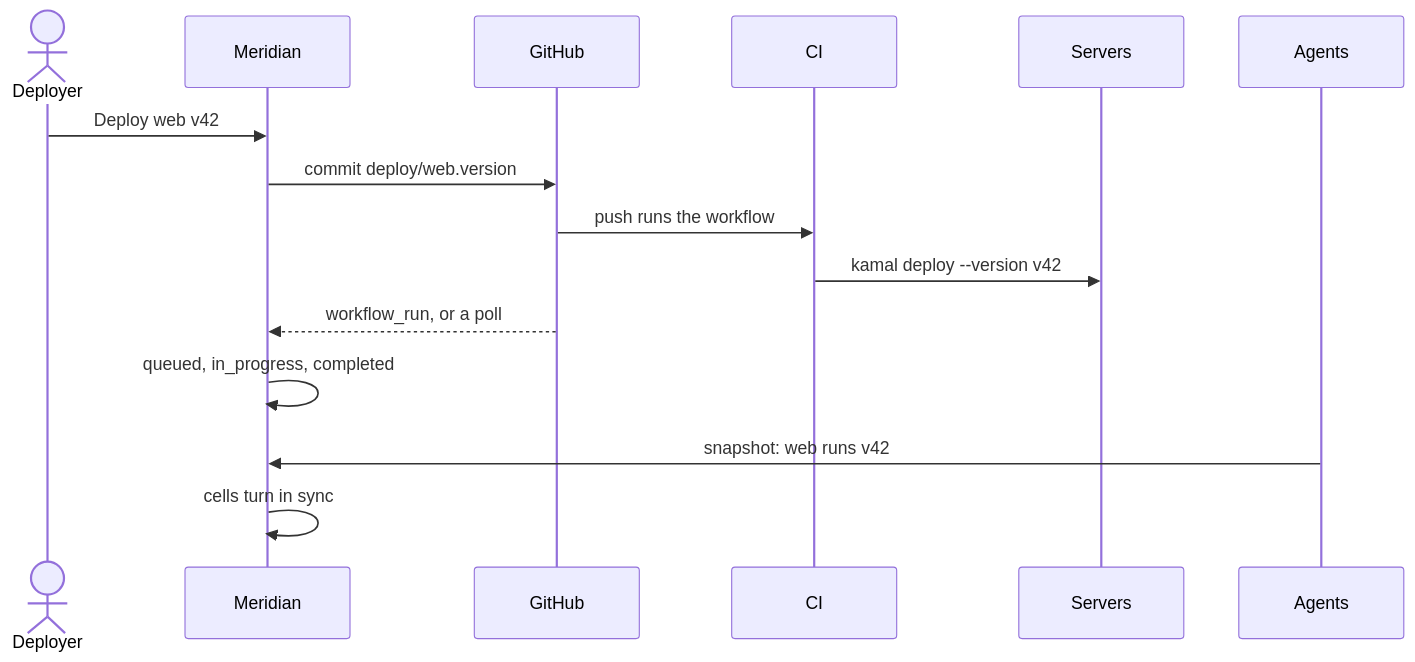
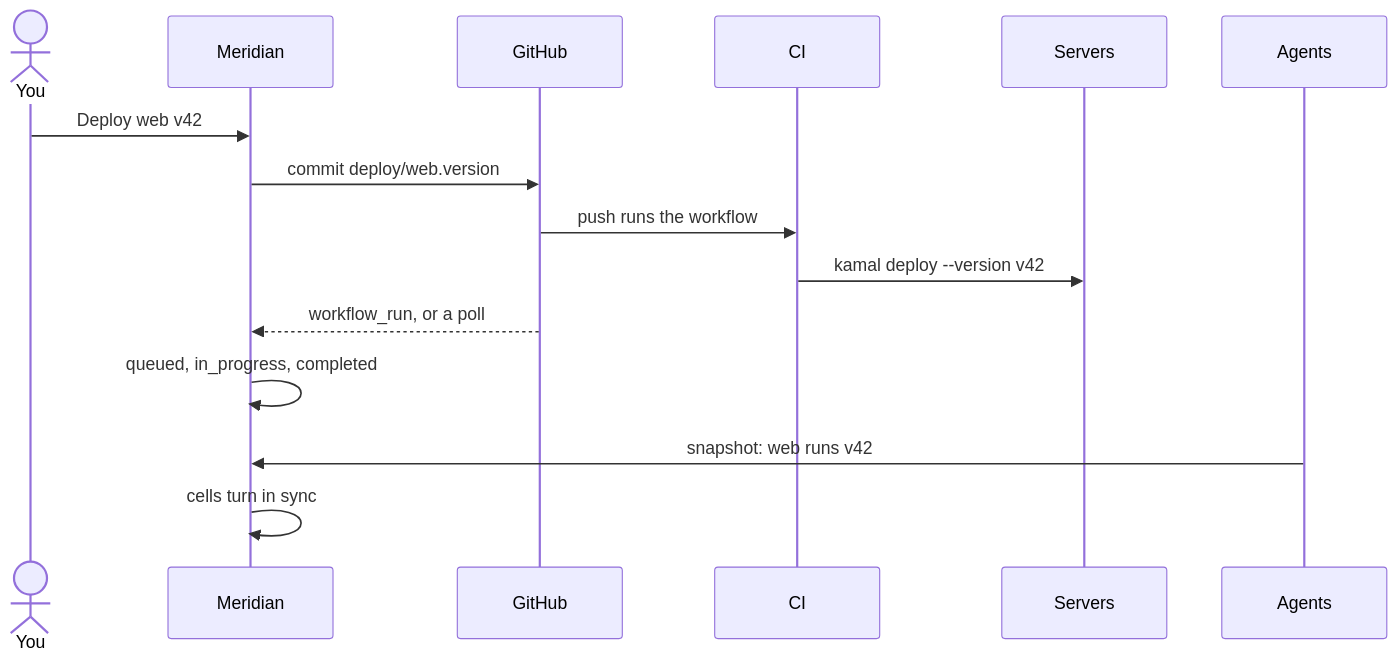
One commit to bigint/meridian changed the third of 3 diagrams in contributing/architecture.md. Above: the diagram before and after it, drawn with Mermaid. The commit also changed other lines of this file and 16 other files, not shown here.

````diff
--- a/contributing/architecture.md
+++ b/contributing/architecture.md
@@ -99,17 +99,17 @@
 ```mermaid
 sequenceDiagram
-  actor D as Deployer
+  actor D as You
   participant M as Meridian
   participant G as GitHub
   participant CI as CI
   participant S as Servers
   participant A as Agents
   D->>M: Deploy web v42
   M->>G: commit deploy/web.version
   G->>CI: push runs the workflow
   CI->>S: kamal deploy --version v42
   G-->>M: workflow_run, or a poll
   M->>M: queued, in_progress, completed
   A->>M: snapshot: web runs v42
   M->>M: cells turn in sync
 ```
````
